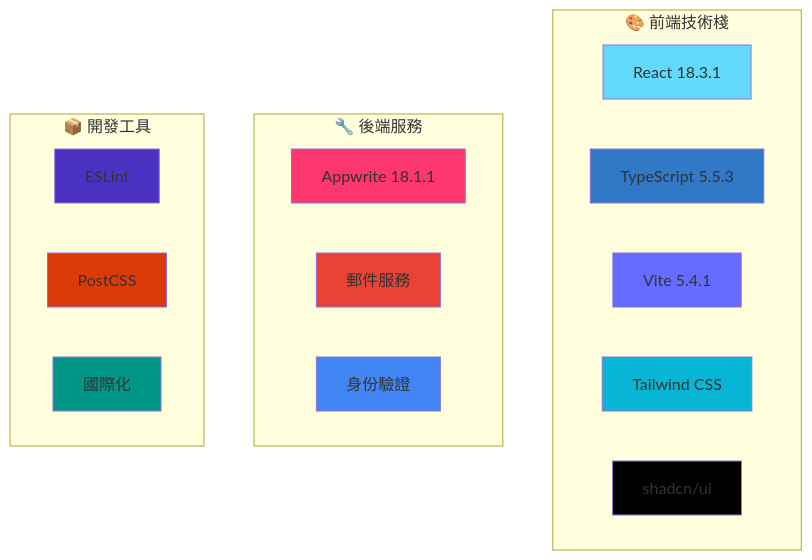
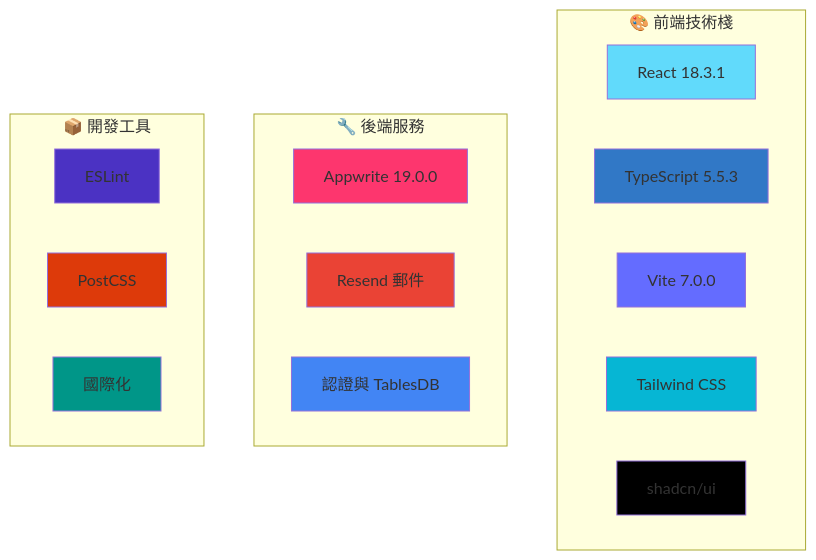
One commit to ansonlo-dev/LingUBible changed the first of 2 diagrams in docs/zh-TW/README.md. Above: the diagram before and after it, drawn with Mermaid. The commit also changed other lines of this file and 2 other files, not shown here.

````diff
--- a/docs/zh-TW/README.md
+++ b/docs/zh-TW/README.md
@@ -133,34 +106,34 @@
 ```mermaid
 graph TD
     subgraph "🎨 前端技術棧"
         A[React 18.3.1]
         B[TypeScript 5.5.3]
-        C[Vite 5.4.1]
+        C[Vite 7.0.0]
         D[Tailwind CSS]
         E[shadcn/ui]
     end
     
     subgraph "🔧 後端服務"
-        F[Appwrite 18.1.1]
-        G[郵件服務]
-        H[身份驗證]
+        F[Appwrite 19.0.0]
+        G[Resend 郵件]
+        H[認證與 TablesDB]
     end
     
     subgraph "📦 開發工具"
         I[ESLint]
         J[PostCSS]
         K[國際化]
     end
     
     style A fill:#61dafb
     style B fill:#3178c6
     style C fill:#646cff
     style D fill:#06b6d4
     style E fill:#000000
     style F fill:#fd366e
     style G fill:#ea4335
     style H fill:#4285f4
     style I fill:#4b32c3
     style J fill:#dd3a0a
     style K fill:#009688
 ```
````
